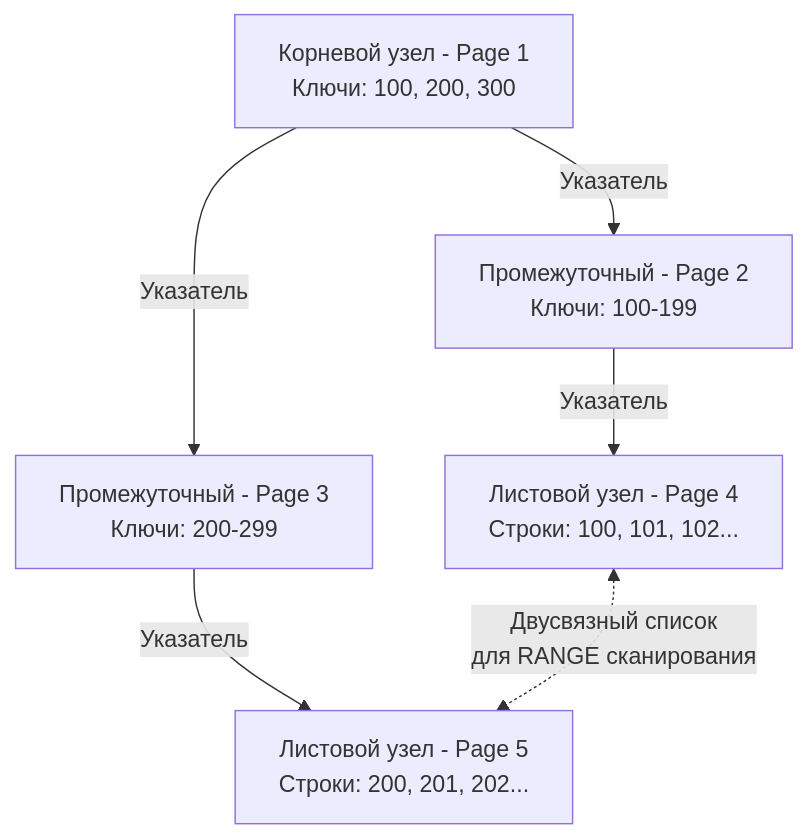
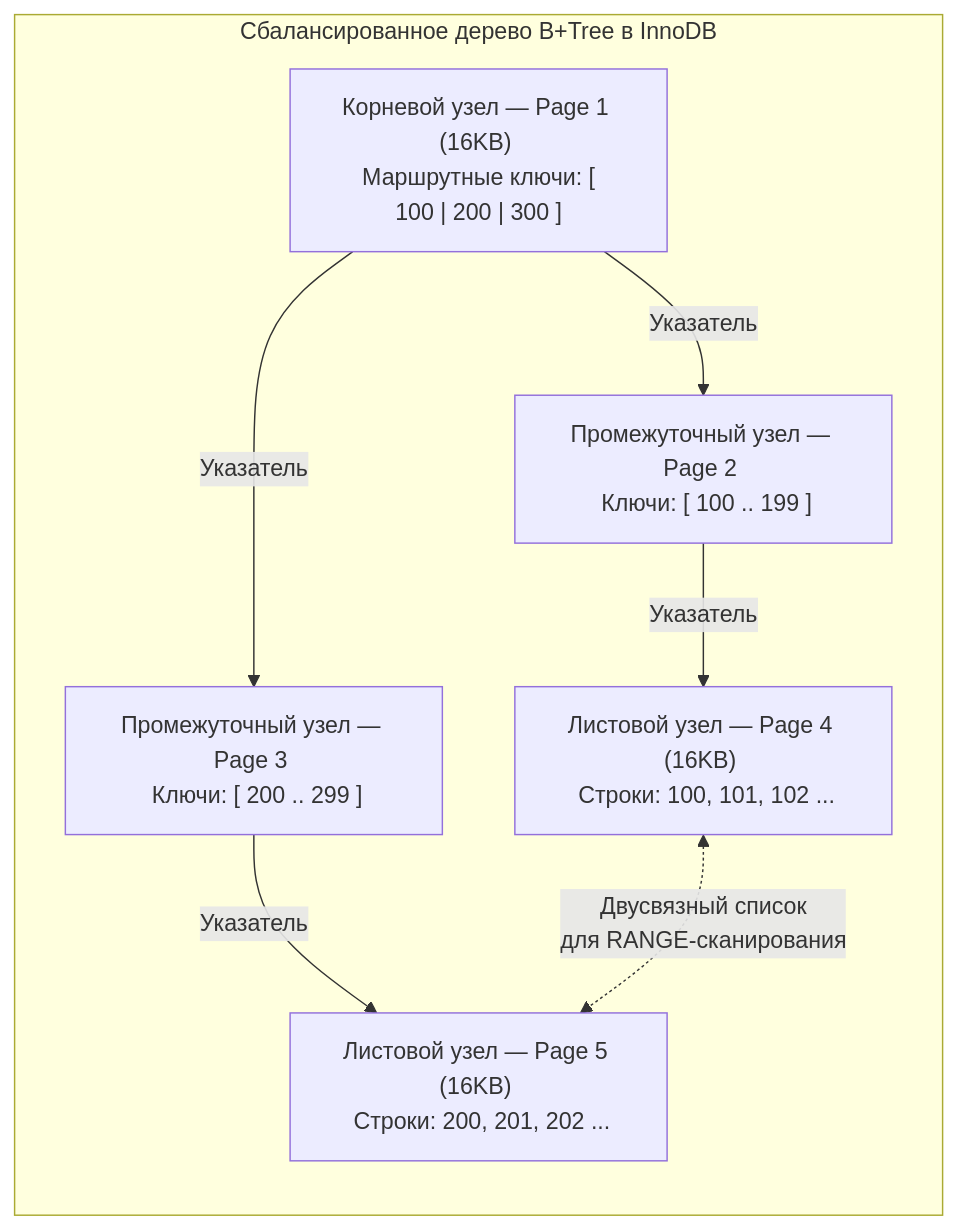
One commit to UnrealTemplier/go-textbook changed the first of 2 diagrams in sources/12. Базы данных/07. MySQL и форки/3. Индексы в MySQL.md. Above: the diagram before and after it, drawn with Mermaid. The commit also changed other lines of this file, not shown here.

````diff
--- a/sources/12. Базы данных/07. MySQL и форки/3. Индексы в MySQL.md
+++ b/sources/12. Базы данных/07. MySQL и форки/3. Индексы в MySQL.md
@@ -24,15 +21,20 @@
 ```mermaid
 flowchart TD
-    Root["Корневой узел - Page 1<br>Ключи: 100, 200, 300"]
-    Branch1["Промежуточный - Page 2<br>Ключи: 100-199"]
-    Branch2["Промежуточный - Page 3<br>Ключи: 200-299"]
-    Leaf1["Листовой узел - Page 4<br>Строки: 100, 101, 102..."]
-    Leaf2["Листовой узел - Page 5<br>Строки: 200, 201, 202..."]
+    subgraph BPlusTreeStructure ["Сбалансированное дерево B+Tree в InnoDB"]
+        direction TB
+        Root["Корневой узел — Page 1 (16KB) <br> Маршрутные ключи: [ 100 | 200 | 300 ]"]
+        
+        Branch1["Промежуточный узел — Page 2 <br> Ключи: [ 100 .. 199 ]"]
+        Branch2["Промежуточный узел — Page 3 <br> Ключи: [ 200 .. 299 ]"]
+        
+        Leaf1["Листовой узел — Page 4 (16KB) <br> Строки: 100, 101, 102 ..."]
+        Leaf2["Листовой узел — Page 5 (16KB) <br> Строки: 200, 201, 202 ..."]
 
-    Root -->|Указатель| Branch1
-    Root -->|Указатель| Branch2
-    Branch1 -->|Указатель| Leaf1
-    Branch2 -->|Указатель| Leaf2
-    
-    Leaf1 <-.->|"Двусвязный список<br>для RANGE сканирования"| Leaf2
+        Root -->|Указатель| Branch1
+        Root -->|Указатель| Branch2
+        Branch1 -->|Указатель| Leaf1
+        Branch2 -->|Указатель| Leaf2
+        
+        Leaf1 <-.->|"Двусвязный список <br> для RANGE-сканирования"| Leaf2
+    end
 ```
````
